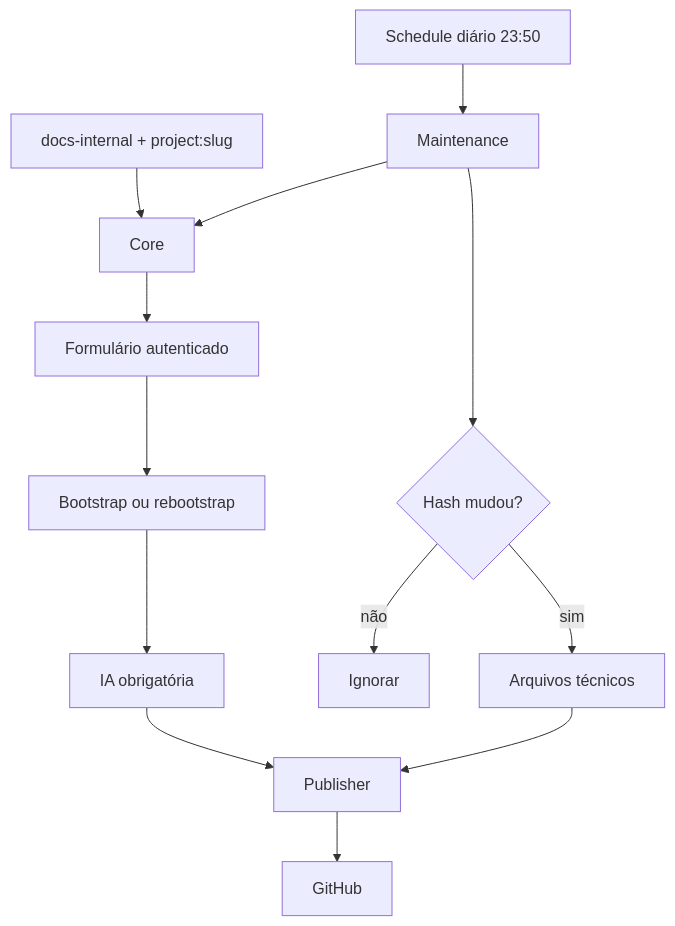
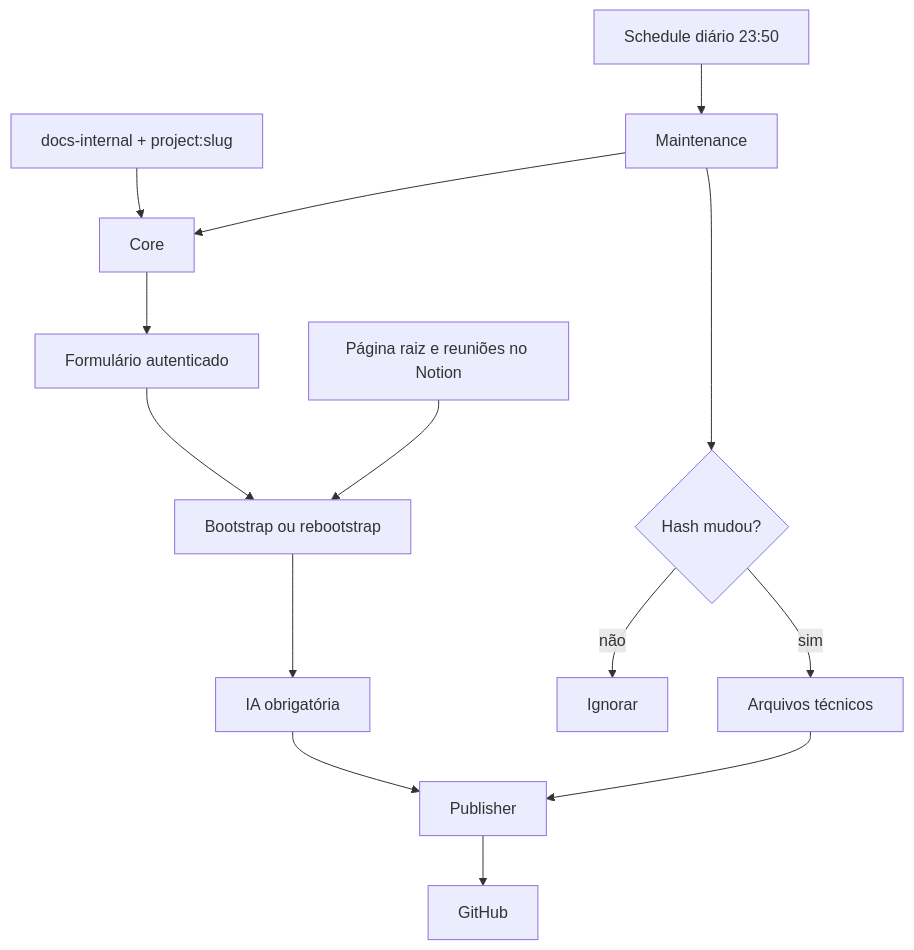
The diagram in README.md (jhvlima/n8n-workflows), drawn with Mermaid before and after one commit. The commit also changed other lines of this file and 30 other files, not shown here.

````diff
--- a/README.md
+++ b/README.md
@@ -41,16 +43,17 @@
 ```mermaid
 flowchart TD
     T[docs-internal + project:slug] --> C[Core]
     C --> F[Formulário autenticado]
     F --> B[Bootstrap ou rebootstrap]
+    N[Página raiz e reuniões no Notion] --> B
     B --> A[IA obrigatória]
     A --> P[Publisher]
     P --> G[GitHub]
 
     S[Schedule diário 23:50] --> M[Maintenance]
     M --> C
     M --> H{Hash mudou?}
     H -->|não| X[Ignorar]
     H -->|sim| Q[Arquivos técnicos]
     Q --> P
 ```
````
